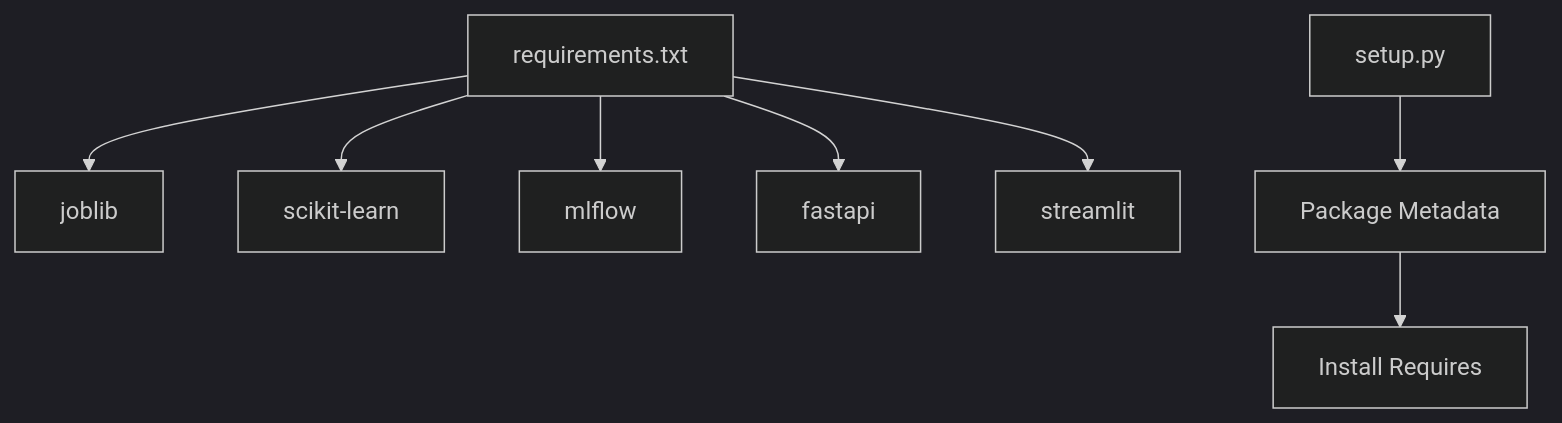
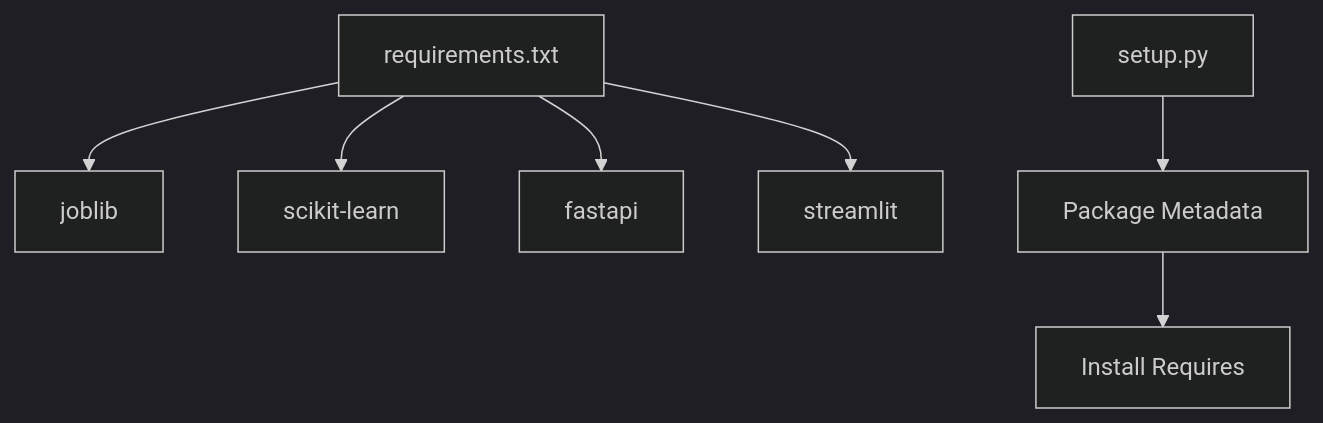
Before and after one commit to tashkirrr/housing-price-prediction: the seventh of 7 diagrams in .qoder/repowiki/en/content/Model Management.md, drawn with Mermaid (dark theme). The commit also changed other lines of this file and 9 other files, not shown here.

````diff
--- a/.qoder/repowiki/en/content/Model Management.md
+++ b/.qoder/repowiki/en/content/Model Management.md
@@ -382,12 +325,11 @@
 ```mermaid
 graph TB
 REQ["requirements.txt"]
 SETUP["setup.py"]
 REQ --> JOB["joblib"]
 REQ --> SK["scikit-learn"]
-REQ --> MLF["mlflow"]
 REQ --> FA["fastapi"]
 REQ --> STR["streamlit"]
 SETUP --> PKG["Package Metadata"]
 PKG --> DEPS["Install Requires"]
 ```
````
